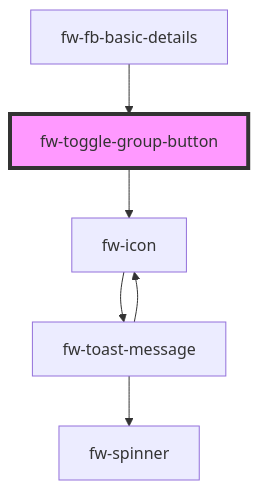
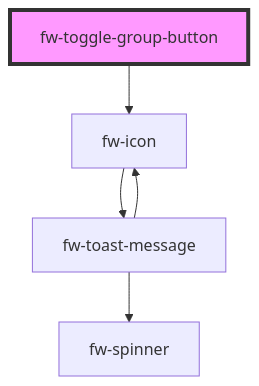
Before and after one commit to freshworks/crayons: the diagram in packages/crayons-core/src/components/toggle-group-button/readme.md, drawn with Mermaid. The commit also changed other lines of this file and 29 other files, not shown here.

````diff
--- a/packages/crayons-core/src/components/toggle-group-button/readme.md
+++ b/packages/crayons-core/src/components/toggle-group-button/readme.md
@@ -128,9 +126,8 @@
 ```mermaid
 graph TD;
   fw-toggle-group-button --> fw-icon
   fw-icon --> fw-toast-message
   fw-toast-message --> fw-spinner
   fw-toast-message --> fw-icon
-  fw-fb-basic-details --> fw-toggle-group-button
   style fw-toggle-group-button fill:#f9f,stroke:#333,stroke-width:4px
 ```
````
